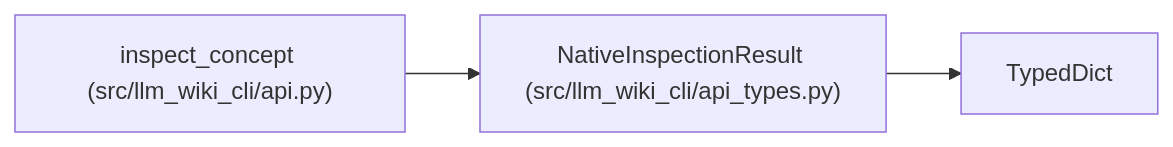
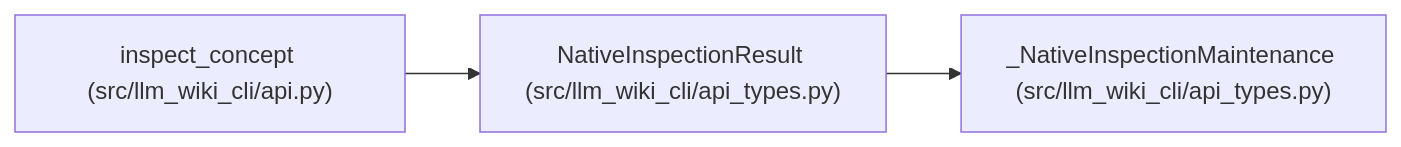
Before and after one commit to Denissvgn/python-wiki-llm: the diagram in docs/llm_wiki/entities/NativeInspectionResult.md, drawn with Mermaid. The commit also changed other lines of this file and 1410 other files, not shown here.

````diff
--- a/docs/llm_wiki/entities/NativeInspectionResult.md
+++ b/docs/llm_wiki/entities/NativeInspectionResult.md
@@ -33,10 +33,11 @@
 ```mermaid
 flowchart LR
     n0["NativeInspectionResult (src/llm_wiki_cli/api_types.py)"]
-    n1["TypedDict"]
+    n1["_NativeInspectionMaintenance (src/llm_wiki_cli/api_types.py)"]
     n2["inspect_concept (src/llm_wiki_cli/api.py)"]
     n0 --> n1
     n2 --> n0
     click n0 "../modules/api_types.md"
+    click n1 "../modules/api_types.md"
     click n2 "../modules/api.md"
 ```
````
